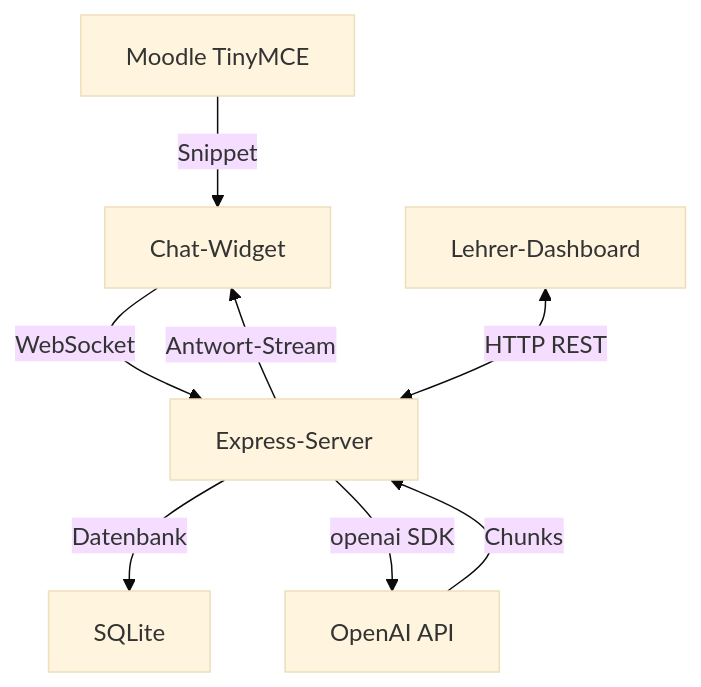
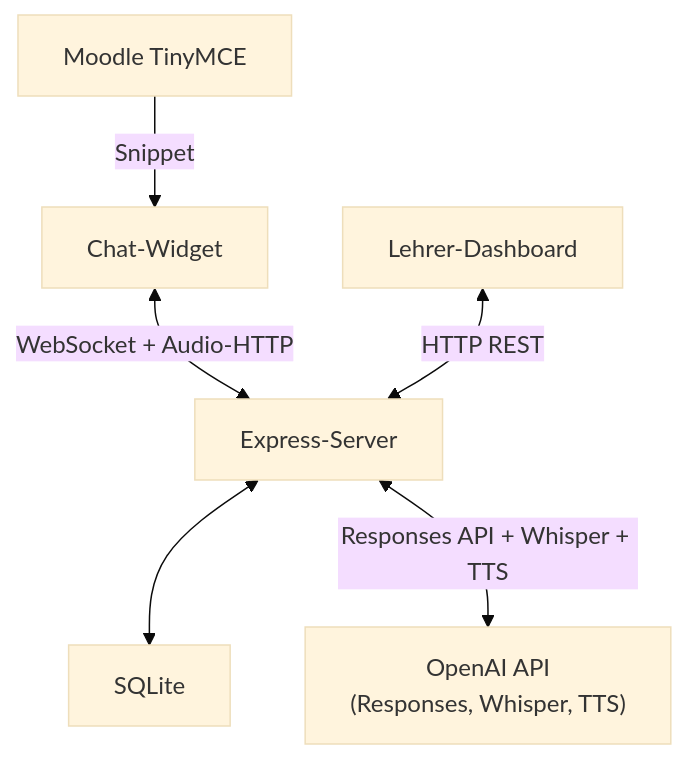
One commit to matthiasgruenwald/moo-gpt changed the first of 2 diagrams in docs/architecture.md. Above: the diagram before and after it, drawn with Mermaid (base theme). The commit also changed 1 other file, not shown here.

Commit message:
docs: Architektur-Diagramme aktualisieren — DashCosts + Audio (Whisper/TTS)
- DashCosts-Knoten + REST-Verbindung ergänzt
- Audio-Route (Widget → /api/transcribe + /api/speak) eingetragen
- OpenAI-Knoten: Responses API + Whisper + TTS

````diff
--- a/docs/architecture.md
+++ b/docs/architecture.md
@@ -5,17 +5,15 @@
 ```mermaid
 flowchart TD
     Moodle["Moodle TinyMCE"]
     Widget["Chat-Widget"]
     Dashboard["Lehrer-Dashboard"]
     Server["Express-Server"]
     DB["SQLite"]
-    OpenAI["OpenAI API"]
+    OpenAI["OpenAI API\n(Responses, Whisper, TTS)"]
 
     Moodle -->|Snippet| Widget
-    Widget -->|WebSocket| Server
-    Server -->|Antwort-Stream| Widget
+    Widget <-->|WebSocket + Audio-HTTP| Server
     Dashboard <-->|HTTP REST| Server
-    Server -->|Datenbank| DB
-    Server -->|openai SDK| OpenAI
-    OpenAI -->|Chunks| Server
+    Server <--> DB
+    Server <-->|Responses API + Whisper + TTS| OpenAI
 ```
````
